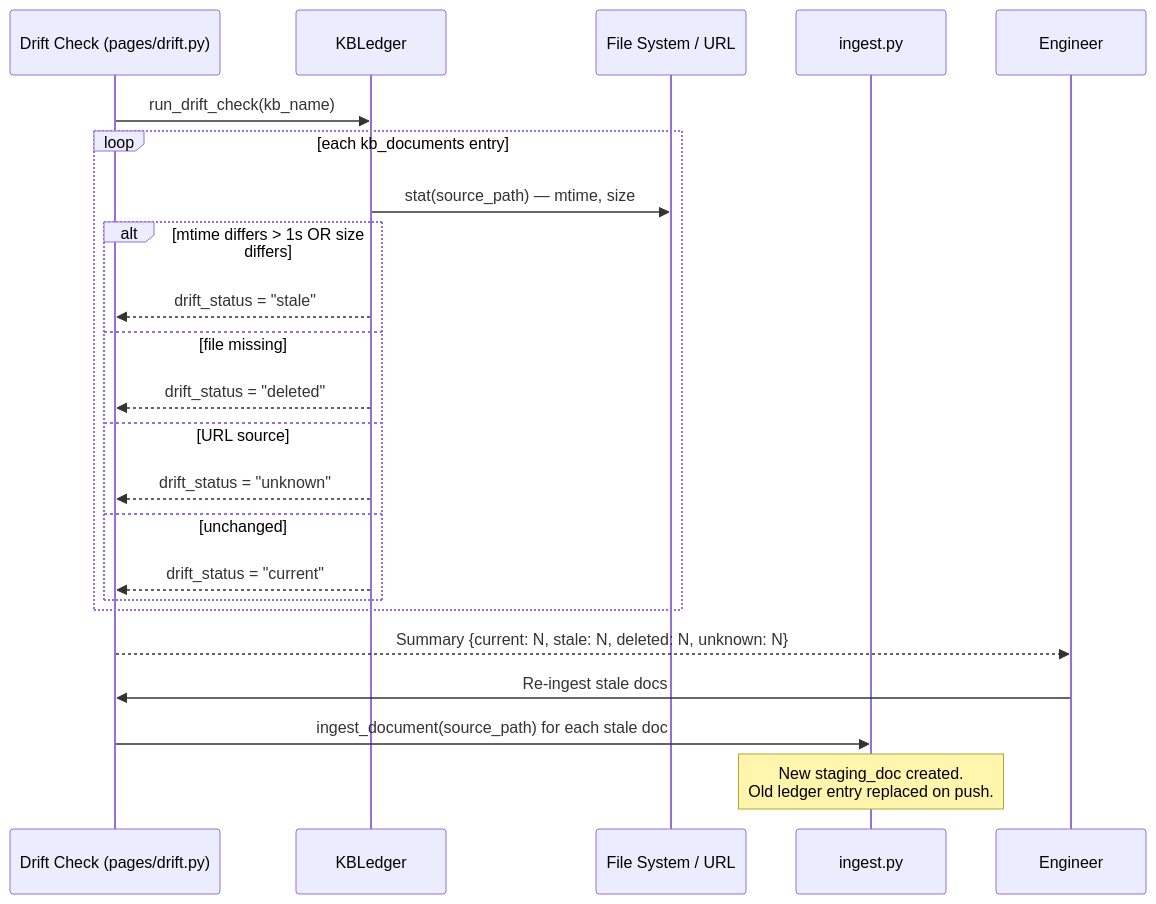
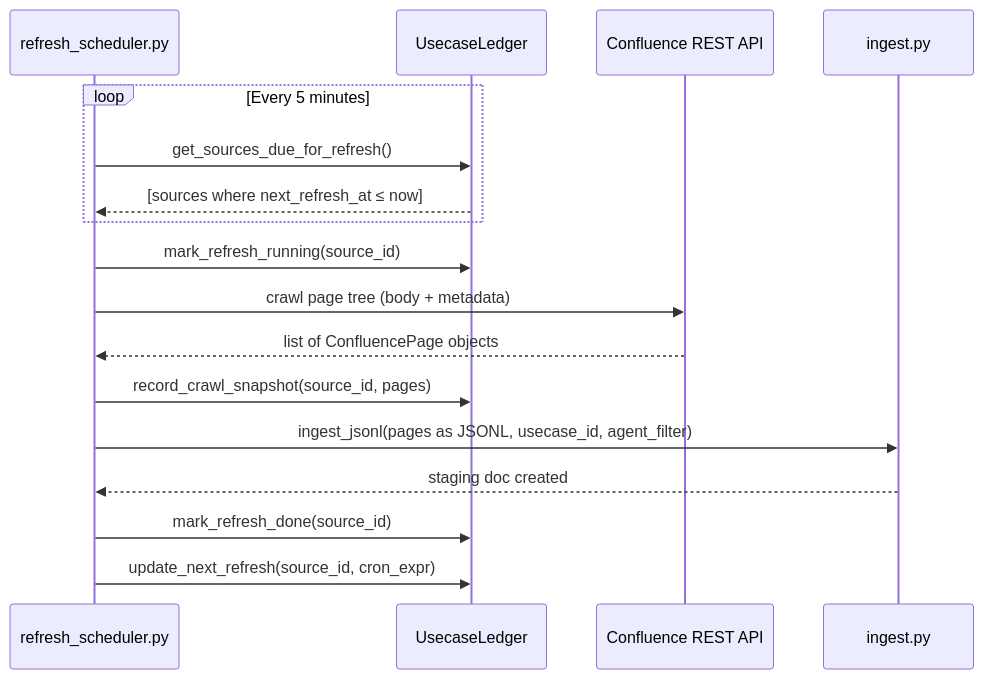
Before and after one commit to aasthapit/knowledge-ingestment-pipeline: the fifth of 5 diagrams in docs/corpus-lifecycle.md, drawn with Mermaid. The commit also changed other lines of this file and 18 other files, not shown here.

````diff
--- a/docs/corpus-lifecycle.md
+++ b/docs/corpus-lifecycle.md
@@ -276,25 +180,21 @@
 ```mermaid
 sequenceDiagram
-    participant Drift as Drift Check (pages/drift.py)
-    participant Ledger as KBLedger
-    participant FS as File System / URL
+    participant Scheduler as refresh_scheduler.py
+    participant Ledger as UsecaseLedger
+    participant Confluence as Confluence REST API
     participant Ingest as ingest.py
 
-    Drift->>Ledger: run_drift_check(kb_name)
-    loop each kb_documents entry
-        Ledger->>FS: stat(source_path) — mtime, size
-        alt mtime differs > 1s OR size differs
-            Ledger-->>Drift: drift_status = "stale"
-        else file missing
-            Ledger-->>Drift: drift_status = "deleted"
-        else URL source
-            Ledger-->>Drift: drift_status = "unknown"
-        else unchanged
-            Ledger-->>Drift: drift_status = "current"
-        end
+    loop Every 5 minutes
+        Scheduler->>Ledger: get_sources_due_for_refresh()
+        Ledger-->>Scheduler: [sources where next_refresh_at ≤ now]
     end
-    Drift-->>Engineer: Summary {current: N, stale: N, deleted: N, unknown: N}
-    Engineer->>Drift: Re-ingest stale docs
-    Drift->>Ingest: ingest_document(source_path) for each stale doc
-    Note over Ingest: New staging_doc created.<br/>Old ledger entry replaced on push.
+
+    Scheduler->>Ledger: mark_refresh_running(source_id)
+    Scheduler->>Confluence: crawl page tree (body + metadata)
+    Confluence-->>Scheduler: list of ConfluencePage objects
+    Scheduler->>Ledger: record_crawl_snapshot(source_id, pages)
+    Scheduler->>Ingest: ingest_jsonl(pages as JSONL, usecase_id, agent_filter)
+    Ingest-->>Scheduler: staging doc created
+    Scheduler->>Ledger: mark_refresh_done(source_id)
+    Scheduler->>Ledger: update_next_refresh(source_id, cron_expr)
 ```
````
